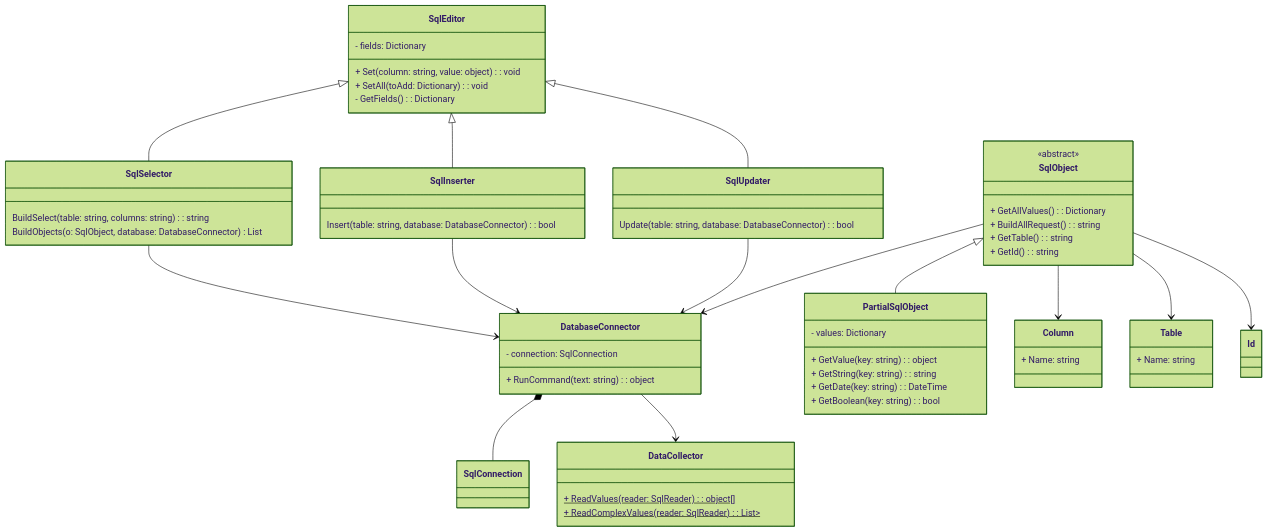
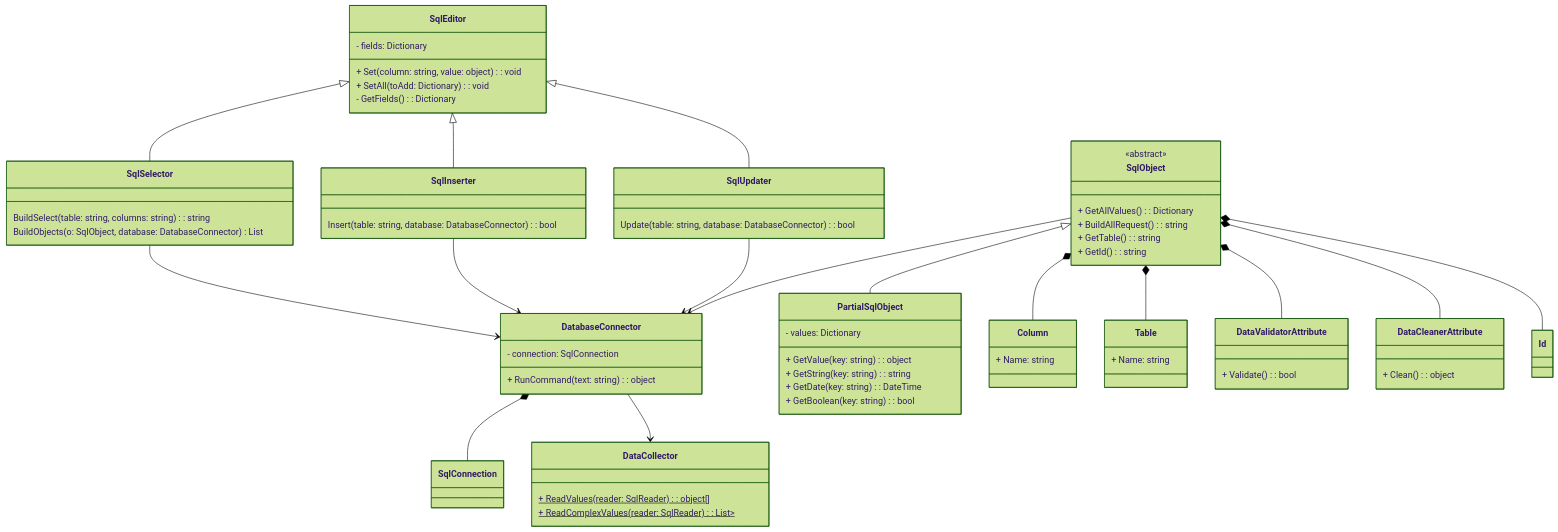
Before and after one commit to POeticPotatoes/Truffle: the diagram in README.md, drawn with Mermaid (forest theme). The commit also changed other lines of this file and 4 other files, not shown here.

```diff
--- a/README.md
+++ b/README.md
@@ -80,6 +86,14 @@
     + Name: string
 }
 
+class DataValidatorAttribute {
+    + Validate(): bool
+}
+
+class DataCleanerAttribute {
+    + Clean(): object
+}
+
 class Id
 
 class SqlEditor {
@@ -105,9 +119,11 @@
 DatabaseConnector *-- SqlConnection
 DatabaseConnector --> DataCollector
 SqlObject --> DatabaseConnector
-SqlObject --> Id
-SqlObject --> Column
-SqlObject --> Table
+SqlObject *-- Id
+SqlObject *-- Column
+SqlObject *-- Table
+SqlObject *-- DataValidatorAttribute
+SqlObject *-- DataCleanerAttribute
 SqlObject <|-- PartialSqlObject
 SqlEditor <|-- SqlUpdater
 SqlEditor <|-- SqlInserter
```
